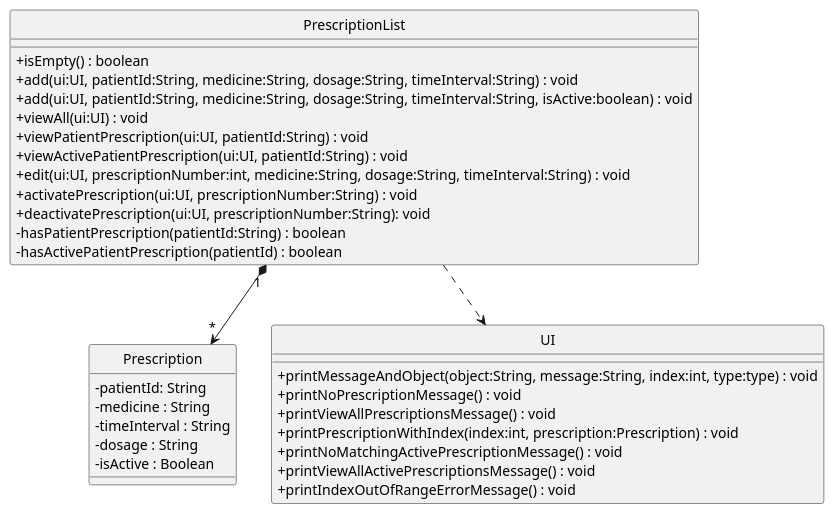
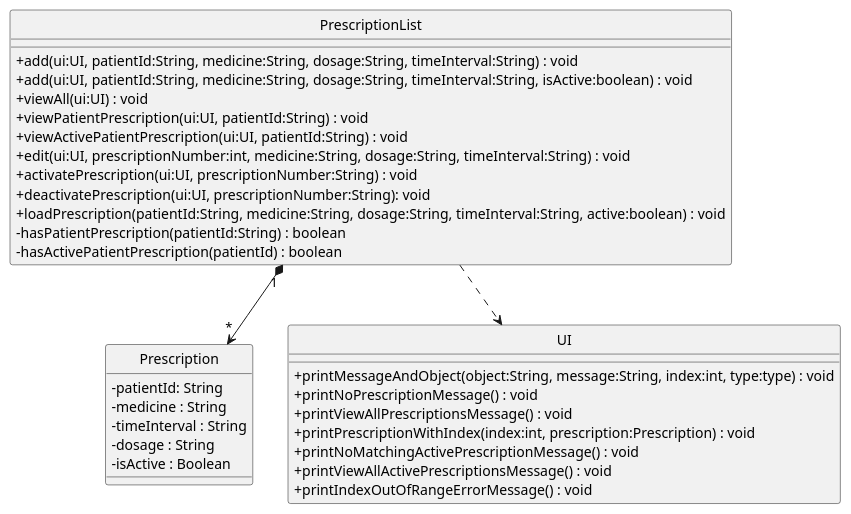
Before and after one commit to nus-cs2113-AY2223S1/tp: the diagram in docs/diagrams/PrescriptionListClassDiagram.puml, drawn with PlantUML. The commit also changed 8 other files, not shown here.

Commit message:
Add edit prescription sequence diagram and further simply other diagrams

```diff
--- a/docs/diagrams/PrescriptionListClassDiagram.puml
+++ b/docs/diagrams/PrescriptionListClassDiagram.puml
@@ -1,39 +1,39 @@
 @startuml
 hide circle
 skinparam classAttributeIconSize 0
 
 class PrescriptionList {
-+ isEmpty() : boolean
 + add(ui:UI, patientId:String, medicine:String, dosage:String, timeInterval:String) : void
 + add(ui:UI, patientId:String, medicine:String, dosage:String, timeInterval:String, isActive:boolean) : void
 + viewAll(ui:UI) : void
 + viewPatientPrescription(ui:UI, patientId:String) : void
 + viewActivePatientPrescription(ui:UI, patientId:String) : void
 + edit(ui:UI, prescriptionNumber:int, medicine:String, dosage:String, timeInterval:String) : void
 + activatePrescription(ui:UI, prescriptionNumber:String) : void
 + deactivatePrescription(ui:UI, prescriptionNumber:String): void
++ loadPrescription(patientId:String, medicine:String, dosage:String, timeInterval:String, active:boolean) : void
 - hasPatientPrescription(patientId:String) : boolean
 - hasActivePatientPrescription(patientId) : boolean
 }
 
 class Prescription {
 - patientId: String
 - medicine : String
 - timeInterval : String
 - dosage : String
 - isActive : Boolean
 }
 
 class UI {
 + printMessageAndObject(object:String, message:String, index:int, type:type) : void
 + printNoPrescriptionMessage() : void
 + printViewAllPrescriptionsMessage() : void
 + printPrescriptionWithIndex(index:int, prescription:Prescription) : void
 + printNoMatchingActivePrescriptionMessage() : void
 + printViewAllActivePrescriptionsMessage() : void
 + printIndexOutOfRangeErrorMessage() : void
 }
 
 PrescriptionList "1" *-down-> "*" Prescription
 PrescriptionList .down.> UI
 @enduml
```
